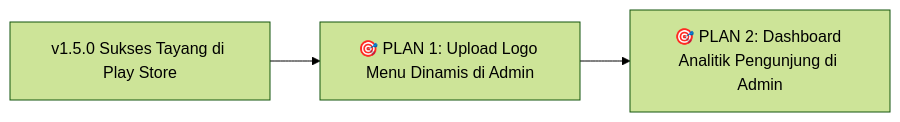
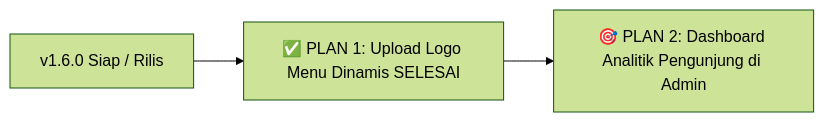
One commit to diskominfosandikonsel/konsel-setara changed the diagram in PLAN.md. Above: the diagram before and after it, drawn with Mermaid (forest theme). The commit also changed other lines of this file and 5 other files, not shown here.

Commit message:
feat(frontend): bump version to 1.6.1 (code 10) & support dynamic logo menu rendering

````diff
--- a/PLAN.md
+++ b/PLAN.md
@@ -21,5 +21,5 @@
 ```mermaid
 flowchart LR
-    A[v1.5.0 Sukses Tayang di Play Store] --> B[🎯 PLAN 1: Upload Logo Menu Dinamis di Admin]
+    A[v1.6.0 Siap / Rilis] --> B[✅ PLAN 1: Upload Logo Menu Dinamis SELESAI]
     B --> C[🎯 PLAN 2: Dashboard Analitik Pengunjung di Admin]
 ```
````
